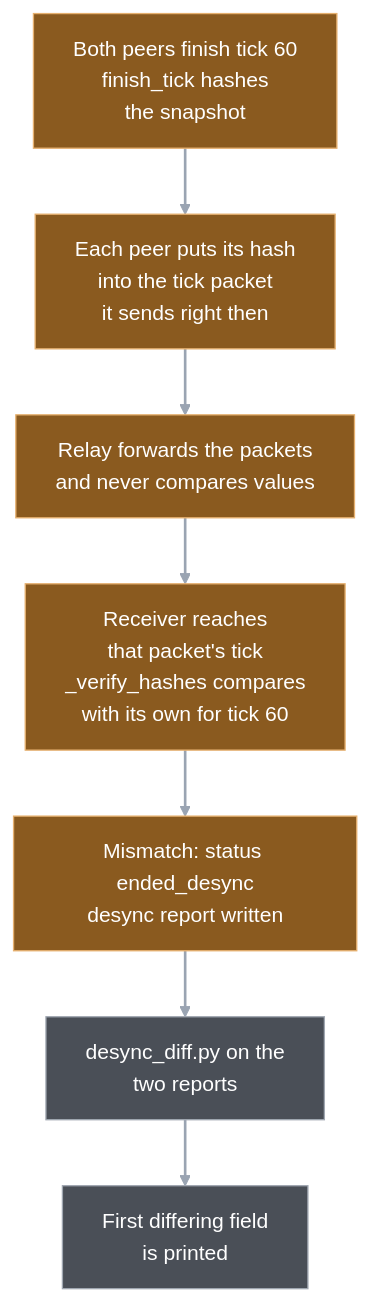
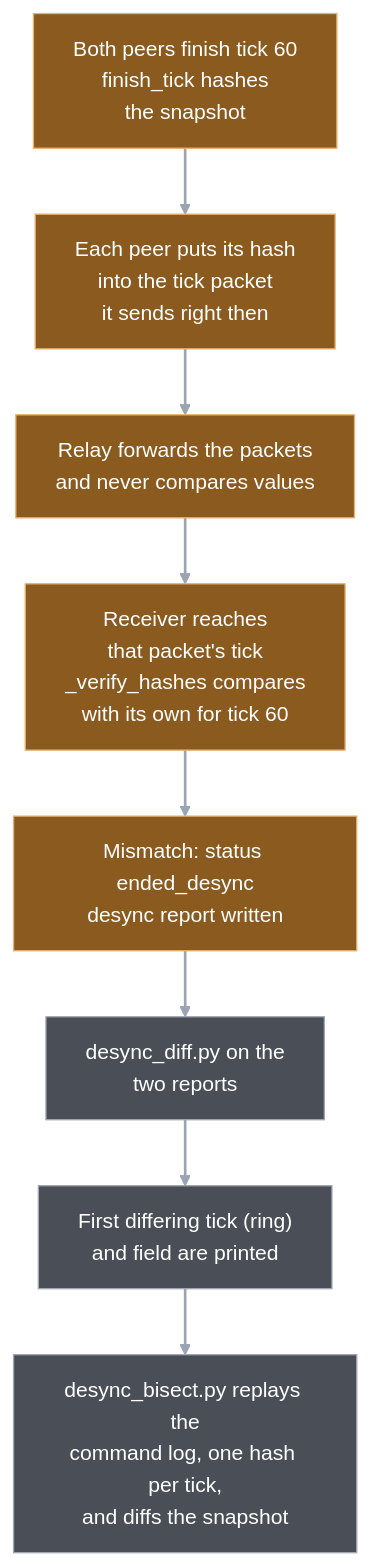
The diagram in docs/guide/10-determinism-and-replays.md (pdstuber/wargrid), drawn with Mermaid before and after one commit. The commit also changed other lines of this file and 13 other files, not shown here.

First line of the commit message:
Cheaper hash ring, docs and package gate for Sim quick wins

````diff
--- a/docs/guide/10-determinism-and-replays.md
+++ b/docs/guide/10-determinism-and-replays.md
@@ -11,16 +11,17 @@
 ```mermaid
 flowchart TD
     A["Both peers finish tick 60<br/>finish_tick hashes<br/>the snapshot"] --> B
     B["Each peer puts its hash<br/>into the tick packet<br/>it sends right then"] --> C
     C["Relay forwards the packets<br/>and never compares values"] --> D
     D["Receiver reaches<br/>that packet's tick<br/>_verify_hashes compares<br/>with its own for tick 60"] --> E
     E["Mismatch: status ended_desync<br/>desync report written"] --> F
     F["desync_diff.py on the<br/>two reports"] --> G
-    G["First differing field<br/>is printed"]
+    G["First differing tick (ring)<br/>and field are printed"] --> H
+    H["desync_bisect.py replays the<br/>command log, one hash per tick,<br/>and diffs the snapshot"]
     classDef sim fill:#2f5d8a,stroke:#7fb3e6,color:#ffffff
     classDef net fill:#8a5a1f,stroke:#e6b06f,color:#ffffff
     classDef ext fill:#4a4f57,stroke:#a0a7b1,color:#ffffff
     class A,B,C,D,E net
-    class F,G ext
+    class F,G,H ext
     linkStyle default stroke:#9aa4b2,stroke-width:2px
 ```
````
